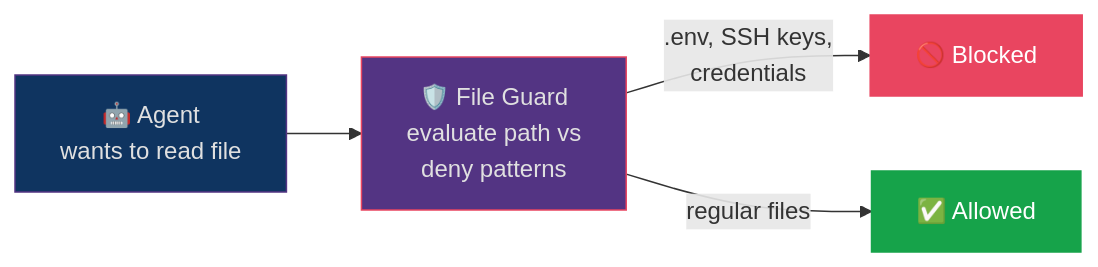
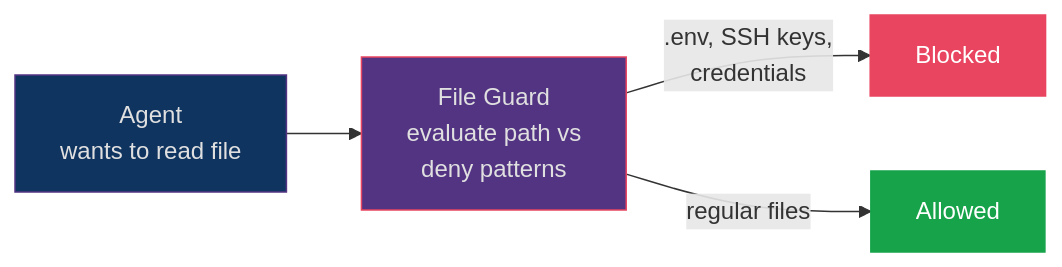
One commit to OpenObscure/OpenObscure changed the ninth of 15 diagrams in ARCHITECTURE.md. Above: the diagram before and after it, drawn with Mermaid. The commit also changed other lines of this file and 1 other file, not shown here.

First line of the commit message:
Fix 20 Mermaid diagrams: clarity, accuracy, consistency

````diff
--- a/ARCHITECTURE.md
+++ b/ARCHITECTURE.md
@@ -362,11 +371,11 @@
 ```mermaid
 flowchart LR
-    agent["🤖 Agent\nwants to read file"] --> check["🛡️ File Guard\nevaluate path vs\ndeny patterns"]
-    check -->|".env, SSH keys,\ncredentials"| blocked["🚫 Blocked"]
-    check -->|"regular files"| allowed["✅ Allowed"]
+    agent["Agent\nwants to read file"] --> check["File Guard\nevaluate path vs\ndeny patterns"]
+    check -->|".env, SSH keys,\ncredentials"| blocked["Blocked"]
+    check -->|"regular files"| allowed["Allowed"]
 
     style agent fill:#0f3460,stroke:#533483,color:#e0e0e0
     style check fill:#533483,stroke:#e94560,color:#e0e0e0
     style blocked fill:#e94560,stroke:#e94560,color:#fff
     style allowed fill:#16a34a,stroke:#16a34a,color:#fff
 ```
````
